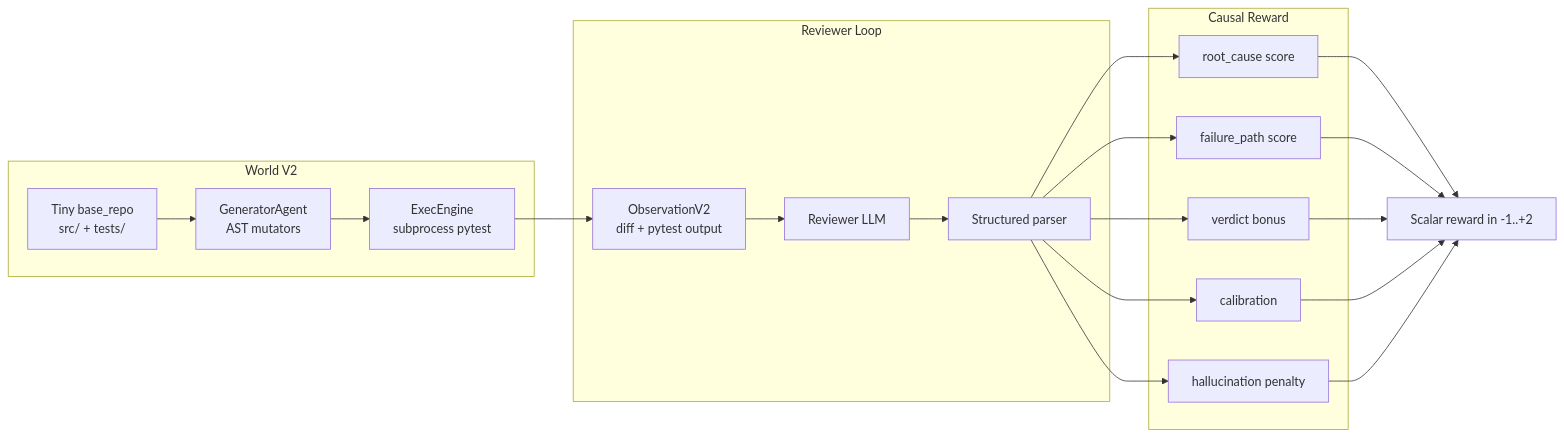
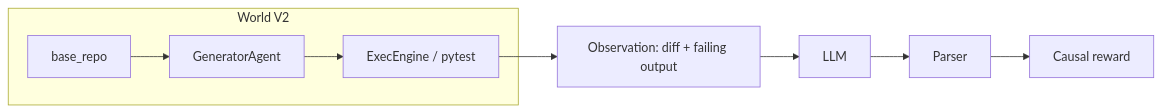
Before and after one commit to bansalbhunesh/codedrift-arena: the second of 2 diagrams in README.md, drawn with Mermaid. The commit also changed other lines of this file, not shown here.

````diff
--- a/README.md
+++ b/README.md
@@ -137,24 +209,12 @@
 ```mermaid
 flowchart LR
   subgraph world [World V2]
-    BR[Tiny base_repo<br/>src/ + tests/]
-    Mut[GeneratorAgent<br/>AST mutators]
-    Run[ExecEngine<br/>subprocess pytest]
+    BR[base_repo]
+    Mut[GeneratorAgent]
+    Run[ExecEngine / pytest]
     BR --> Mut --> Run
   end
-  subgraph reviewer [Reviewer Loop]
-    Obs[ObservationV2<br/>diff + pytest output]
-    Pol[Reviewer LLM]
-    Par[Structured parser]
-    Run --> Obs --> Pol --> Par
-  end
-  subgraph reward [Causal Reward]
-    RC[root_cause score]
-    FP[failure_path score]
-    VR[verdict bonus]
-    CA[calibration]
-    HAL[hallucination penalty]
-    Par --> RC & FP & VR & CA & HAL
-  end
-  RC & FP & VR & CA & HAL --> R[Scalar reward in -1..+2]
+  Run --> Obs[Observation: diff + failing output]
+  Obs --> Pol[LLM] --> Par[Parser]
+  Par --> R[Causal reward]
 ```
````
